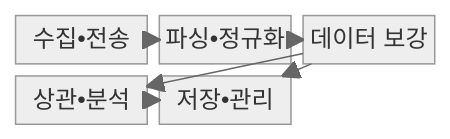
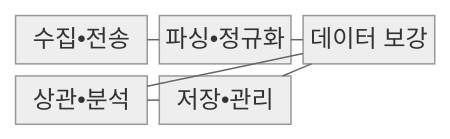
One commit to agnusdei1207/knowledge-base changed the first of 2 diagrams in src/content/docs/notes/05-security/035_siem.md. Above: the diagram before and after it, drawn with Mermaid (neutral theme). The commit also changed other lines of this file and 493 other files, not shown here.

````diff
--- a/src/content/docs/notes/05-security/035_siem.md
+++ b/src/content/docs/notes/05-security/035_siem.md
@@ -65,14 +65,14 @@
 ```mermaid
-block
+block-beta
   columns 3
   A["수집•전송"]
   B["파싱•정규화"]
   C["데이터 보강"]
   D["상관•분석"]
   E["저장•관리"]
-    A --> B
-    B --> C
-    C --> D
-    C --> E
-    E --> D
+    A --- B
+    B --- C
+    C --- D
+    C --- E
+    E --- D
 ```
````
